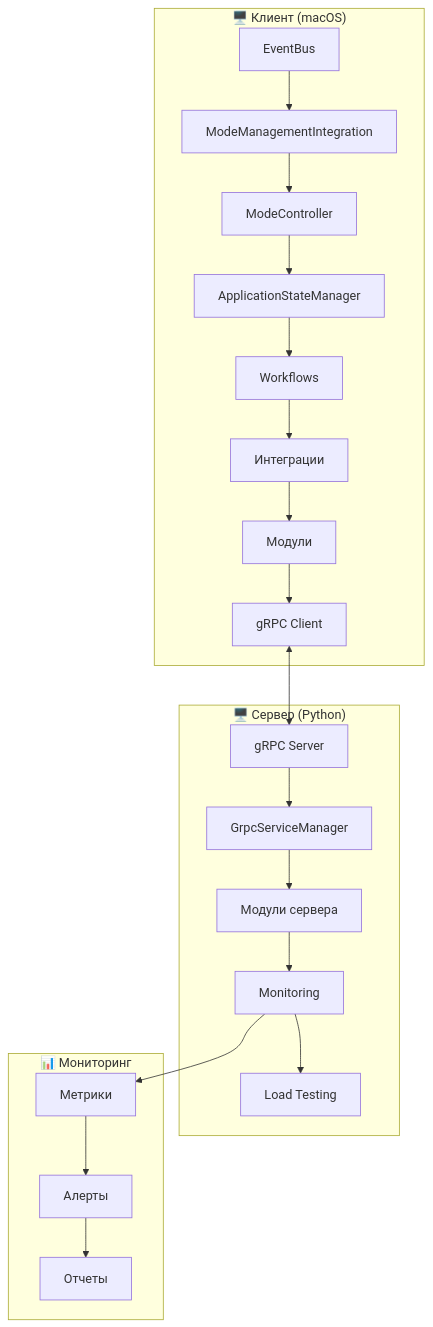
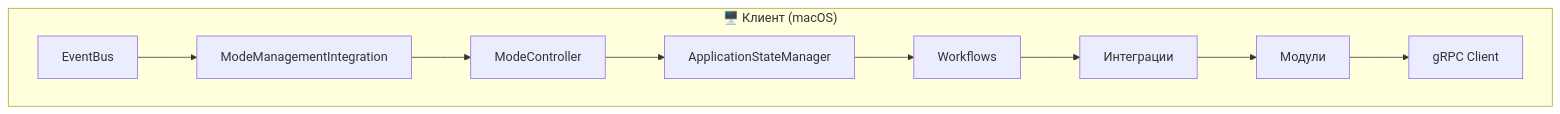
The first of 4 diagrams in client/Docs/ARCHITECTURE_OVERVIEW.md (Seregawpn/Nexy_server), drawn with Mermaid before and after one commit. The commit also changed other lines of this file and 329 other files, not shown here.

First line of the commit message:
Release v1.6.0.27: Architecture refactoring and first-run timeout improvements

````diff
--- a/client/Docs/ARCHITECTURE_OVERVIEW.md
+++ b/client/Docs/ARCHITECTURE_OVERVIEW.md
@@ -673,28 +541,12 @@
 ```mermaid
 graph TB
     subgraph "🖥️ Клиент (macOS)"
         A[EventBus] --> B[ModeManagementIntegration]
         B --> C[ModeController]
         C --> D[ApplicationStateManager]
         D --> E[Workflows]
         E --> F[Интеграции]
         F --> G[Модули]
         G --> H[gRPC Client]
     end
-    
-    subgraph "🖥️ Сервер (Python)"
-        I[gRPC Server] --> J[GrpcServiceManager]
-        J --> K[Модули сервера]
-        K --> L[Monitoring]
-        L --> M[Load Testing]
-    end
-    
-    H <--> I
-    
-    subgraph "📊 Мониторинг"
-        N[Метрики] --> O[Алерты]
-        O --> P[Отчеты]
-    end
-    
-    L --> N
 ```
````
